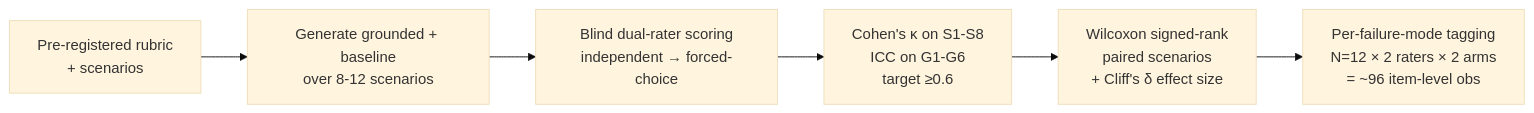
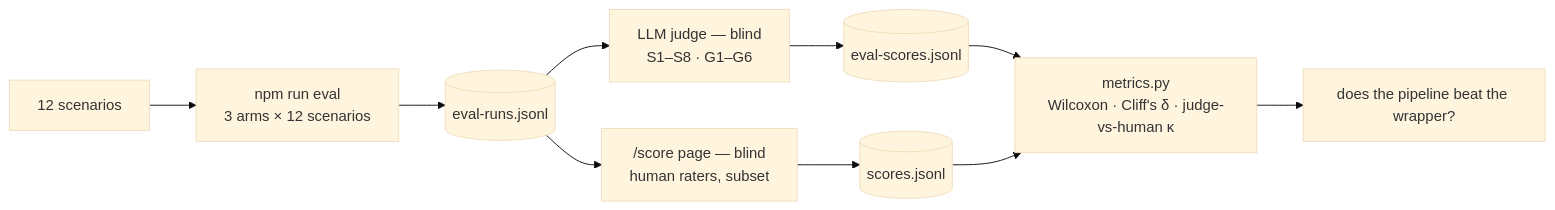
One commit to mykirm/koor changed the second of 2 diagrams in README.md. Above: the diagram before and after it, drawn with Mermaid (base theme). The commit also changed other lines of this file and 1 other file, not shown here.

````diff
--- a/README.md
+++ b/README.md
@@ -218,8 +109,12 @@
 ```mermaid
 flowchart LR
-  pre[Pre-registered rubric<br/>+ scenarios] --> gen[Generate grounded + baseline<br/>over 8-12 scenarios]
-  gen --> blind[Blind dual-rater scoring<br/>independent → forced-choice]
-  blind --> irr[Cohen's κ on S1-S8<br/>ICC on G1-G6<br/>target ≥0.6]
-  irr --> stat[Wilcoxon signed-rank<br/>paired scenarios<br/>+ Cliff's δ effect size]
-  stat --> tags[Per-failure-mode tagging<br/>N=12 × 2 raters × 2 arms<br/>= ~96 item-level obs]
+  SCEN["12 scenarios"] --> GEN["npm run eval<br/>3 arms × 12 scenarios"]
+  GEN --> RUNS[("eval-runs.jsonl")]
+  RUNS --> JUDGE["LLM judge — blind<br/>S1–S8 · G1–G6"]
+  RUNS --> HUM["/score page — blind<br/>human raters, subset"]
+  JUDGE --> JS[("eval-scores.jsonl")]
+  HUM --> HS[("scores.jsonl")]
+  JS --> MET["metrics.py<br/>Wilcoxon · Cliff's δ · judge-vs-human κ"]
+  HS --> MET
+  MET --> Q["does the pipeline beat the wrapper?"]
 ```
````
